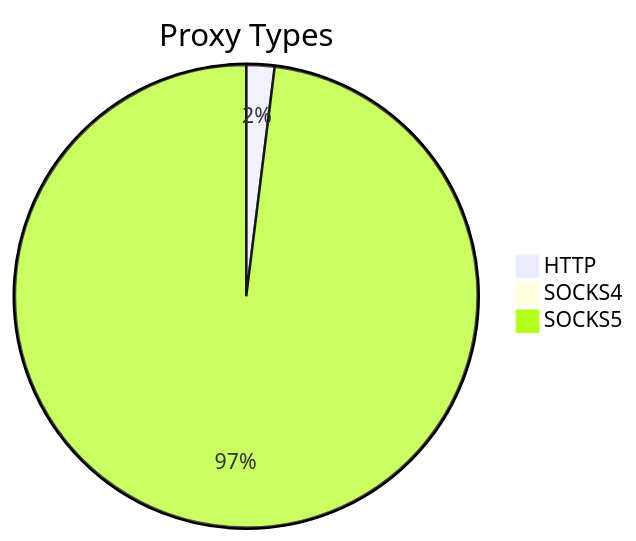
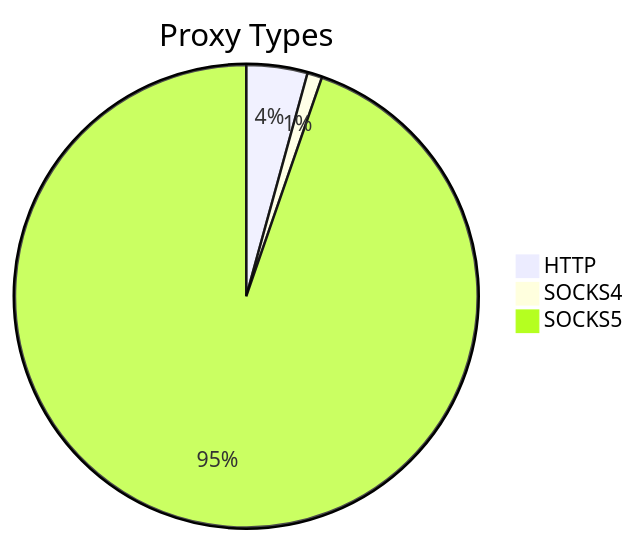
Before and after one commit to stormsia/proxy-list: the first of 2 diagrams in README.md, drawn with Mermaid. The commit also changed other lines of this file, not shown here.

````diff
--- a/README.md
+++ b/README.md
@@ -21,6 +21,6 @@
 ```mermaid
 pie title Proxy Types
-    "HTTP" : 52
-    "SOCKS4" : 24
-    "SOCKS5" : 2594
+    "HTTP" : 95
+    "SOCKS4" : 23
+    "SOCKS5" : 2108
 ```
````
